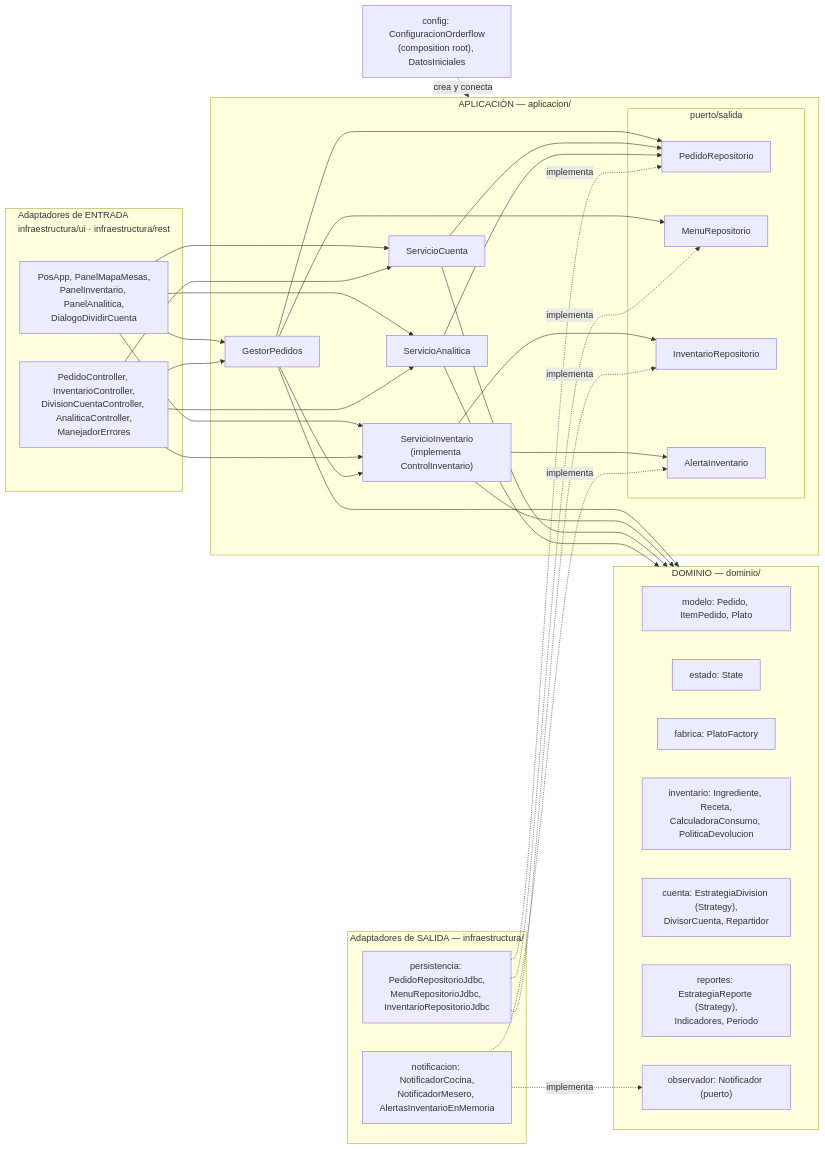
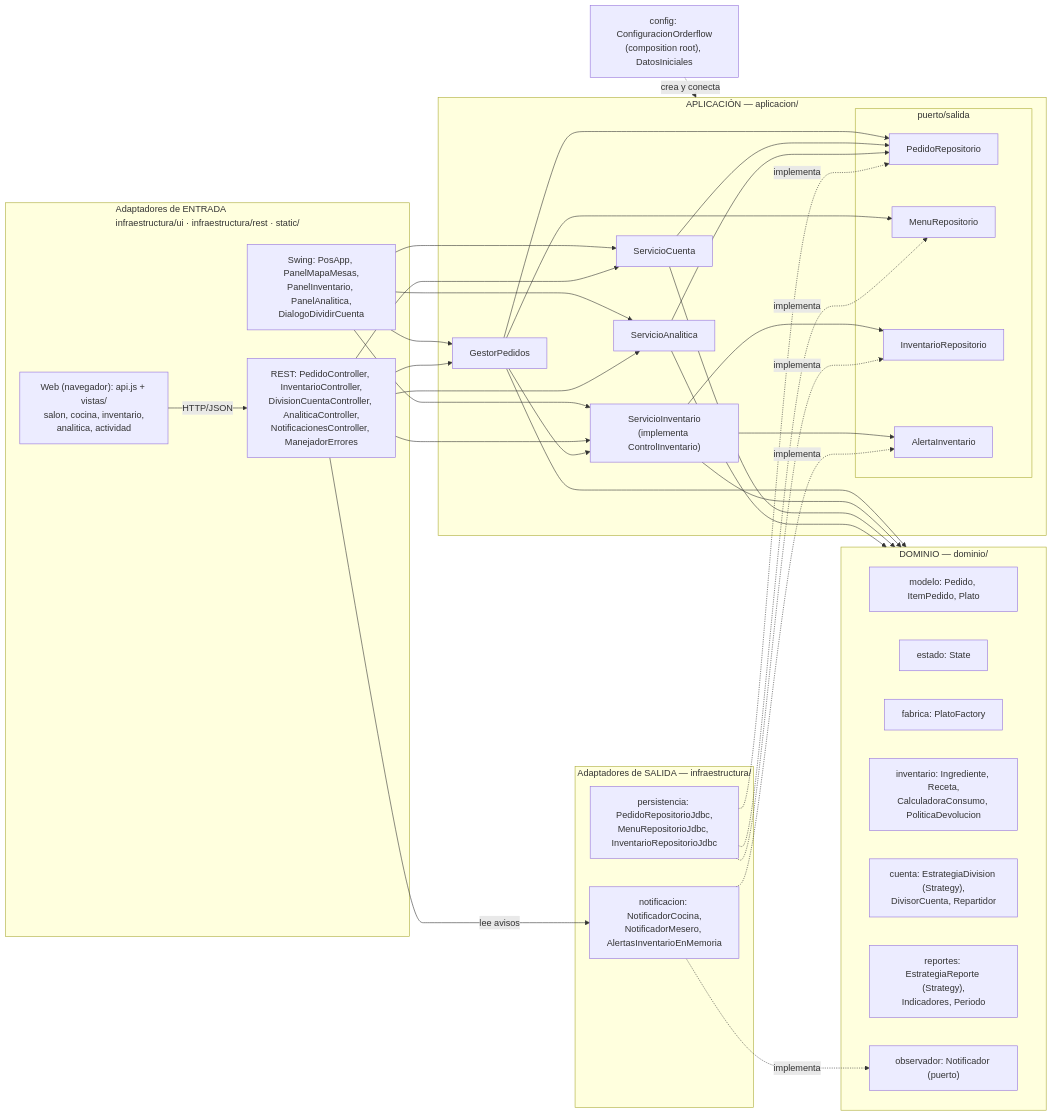
One commit to federicovaldez14/Orderflow_Analytics changed the fourth of 4 diagrams in docs/arquitectura.md. Above: the diagram before and after it, drawn with Mermaid. The commit also changed other lines of this file and 77 other files, not shown here.

````diff
--- a/docs/arquitectura.md
+++ b/docs/arquitectura.md
@@ -175,45 +189,48 @@
 ```mermaid
 flowchart LR
-    subgraph entrada["Adaptadores de ENTRADA<br/>infraestructura/ui · infraestructura/rest"]
-        ui["PosApp, PanelMapaMesas,<br/>PanelInventario, PanelAnalitica,<br/>DialogoDividirCuenta"]
-        rest["PedidoController, InventarioController,<br/>DivisionCuentaController, AnaliticaController,<br/>ManejadorErrores"]
+    subgraph entrada["Adaptadores de ENTRADA<br/>infraestructura/ui · infraestructura/rest · static/"]
+        ui["Swing: PosApp, PanelMapaMesas,<br/>PanelInventario, PanelAnalitica,<br/>DialogoDividirCuenta"]
+        rest["REST: PedidoController, InventarioController,<br/>DivisionCuentaController, AnaliticaController,<br/>NotificacionesController, ManejadorErrores"]
+        web["Web (navegador): api.js + vistas/<br/>salon, cocina, inventario,<br/>analitica, actividad"]
     end
     subgraph app["APLICACIÓN — aplicacion/"]
         gp["GestorPedidos"]
         si["ServicioInventario<br/>(implementa ControlInventario)"]
         sc["ServicioCuenta"]
         sa["ServicioAnalitica"]
         subgraph puertos["puerto/salida"]
             ppr["PedidoRepositorio"]
             pmr["MenuRepositorio"]
             pir["InventarioRepositorio"]
             pal["AlertaInventario"]
         end
     end
     subgraph dom["DOMINIO — dominio/"]
         modelo["modelo: Pedido, ItemPedido, Plato"]
         estado["estado: State"]
         fab["fabrica: PlatoFactory"]
         inv["inventario: Ingrediente, Receta,<br/>CalculadoraConsumo, PoliticaDevolucion"]
         cta["cuenta: EstrategiaDivision (Strategy),<br/>DivisorCuenta, Repartidor"]
         rep["reportes: EstrategiaReporte (Strategy),<br/>Indicadores, Periodo"]
         obs["observador: Notificador (puerto)"]
     end
     subgraph salida["Adaptadores de SALIDA — infraestructura/"]
         jdbc["persistencia: PedidoRepositorioJdbc,<br/>MenuRepositorioJdbc, InventarioRepositorioJdbc"]
         noti["notificacion: NotificadorCocina,<br/>NotificadorMesero, AlertasInventarioEnMemoria"]
     end
     cfg["config: ConfiguracionOrderflow<br/>(composition root), DatosIniciales"]
 
     ui --> gp & si & sc & sa
     rest --> gp & si & sc & sa
+    web -->|"HTTP/JSON"| rest
+    rest -->|"lee avisos"| noti
     gp --> si
     gp & si & sc & sa --> dom
     gp --> ppr & pmr
     si --> pir & pal
     sc --> ppr
     sa --> ppr
     jdbc -. implementa .-> ppr & pmr & pir
     noti -. implementa .-> pal & obs
     cfg -. crea y conecta .-> app
 ```
````
